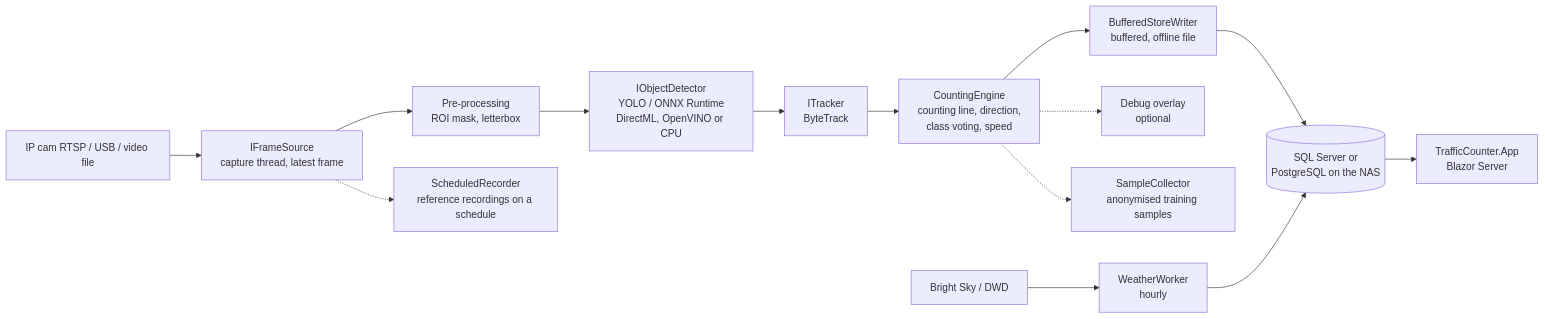
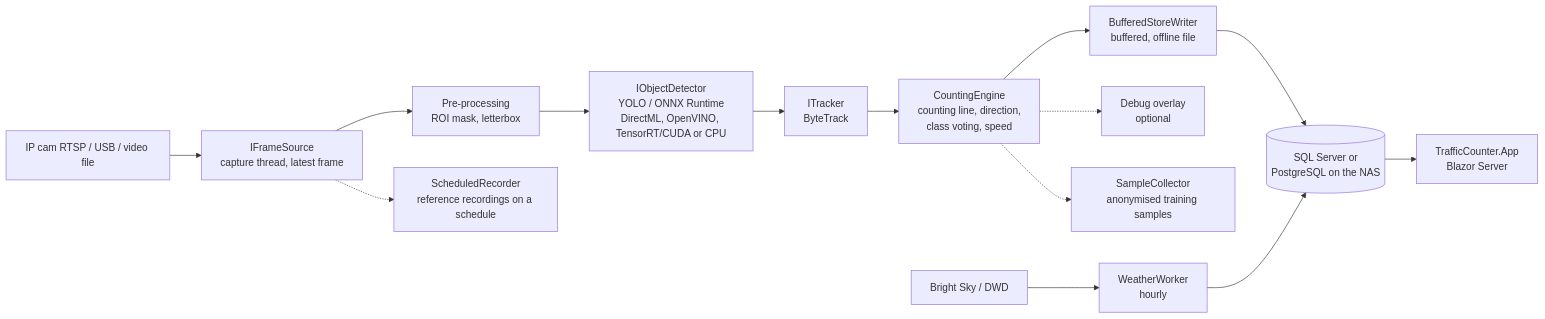
Before and after one commit to Wolle98/TrafficCounter: the first of 3 diagrams in docs/architecture.md, drawn with Mermaid. The commit also changed other lines of this file and 11 other files, not shown here.

````diff
--- a/docs/architecture.md
+++ b/docs/architecture.md
@@ -5,15 +5,15 @@
 ```mermaid
 flowchart LR
     CAM[IP cam RTSP / USB / video file] --> SRC[IFrameSource<br/>capture thread, latest frame]
     SRC --> PRE[Pre-processing<br/>ROI mask, letterbox]
-    PRE --> DET[IObjectDetector<br/>YOLO / ONNX Runtime<br/>DirectML, OpenVINO or CPU]
+    PRE --> DET[IObjectDetector<br/>YOLO / ONNX Runtime<br/>DirectML, OpenVINO, TensorRT/CUDA or CPU]
     DET --> TRK[ITracker<br/>ByteTrack]
     TRK --> CNT[CountingEngine<br/>counting line, direction,<br/>class voting, speed]
     CNT --> SINK[BufferedStoreWriter<br/>buffered, offline file]
     SINK --> DB[(SQL Server or<br/>PostgreSQL on the NAS)]
     CNT -.-> DBG[Debug overlay<br/>optional]
     SRC -.-> REC[ScheduledRecorder<br/>reference recordings on a schedule]
     CNT -.-> SMP[SampleCollector<br/>anonymised training samples]
     WX[Bright Sky / DWD] --> WW[WeatherWorker<br/>hourly] --> DB
     DB --> GUI[TrafficCounter.App<br/>Blazor Server]
 ```
````
